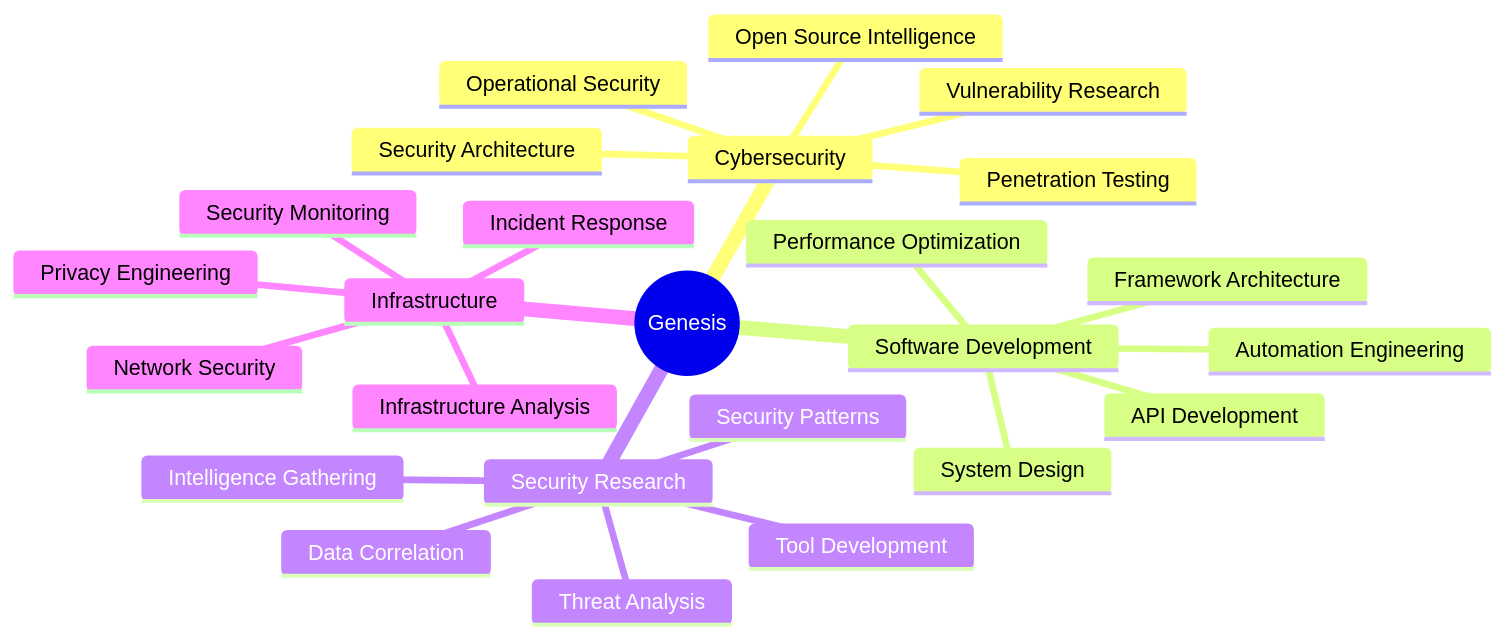
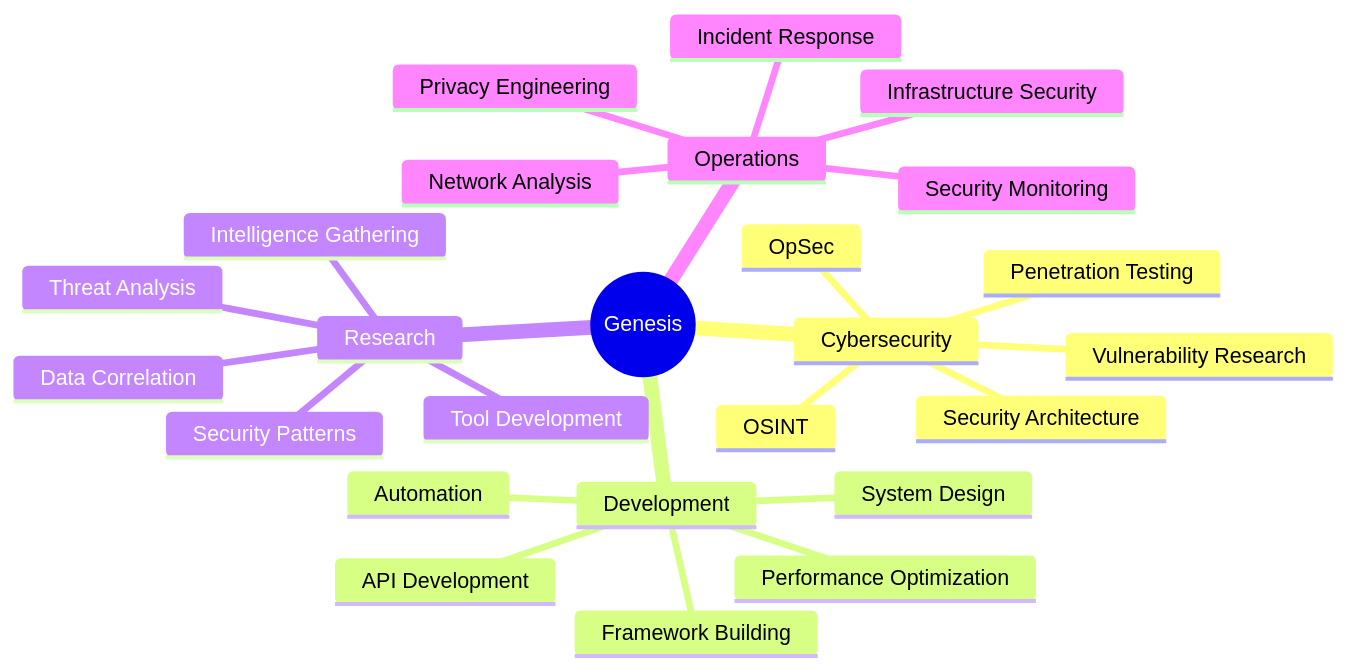
The diagram in README.md (genesisgzdev/genesisgzdev), drawn with Mermaid before and after one commit. The commit also changed other lines of this file, not shown here.

````diff
--- a/README.md
+++ b/README.md
@@ -171,28 +187,28 @@
 ```mermaid
 mindmap
   root((Genesis))
     Cybersecurity
-      Open Source Intelligence
+      OSINT
       Penetration Testing
       Security Architecture
       Vulnerability Research
-      Operational Security
-    Software Development
+      OpSec
+    Development
       System Design
       API Development
-      Framework Architecture
-      Automation Engineering
+      Automation
+      Framework Building
       Performance Optimization
-    Security Research
+    Research
       Intelligence Gathering
       Data Correlation
       Threat Analysis
       Tool Development
       Security Patterns
-    Infrastructure
-      Network Security
-      Infrastructure Analysis
+    Operations
+      Infrastructure Security
+      Network Analysis
       Incident Response
       Security Monitoring
       Privacy Engineering
 ```
````
